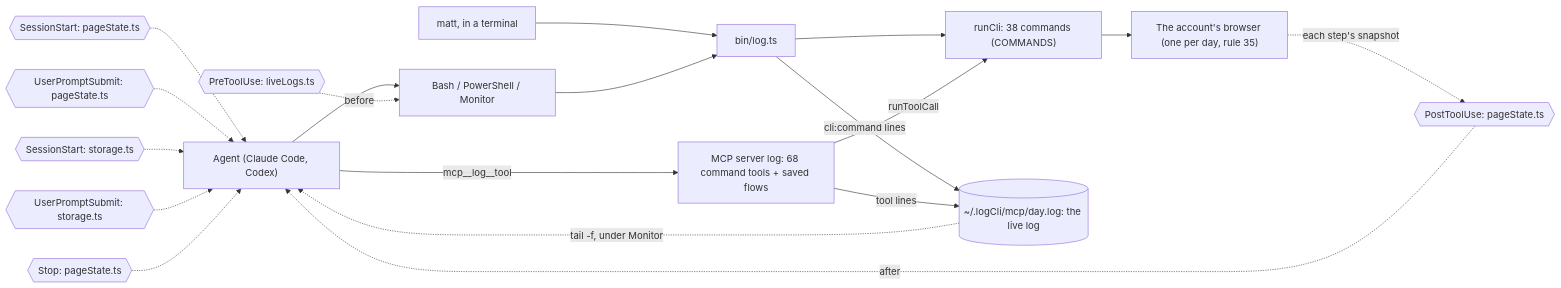
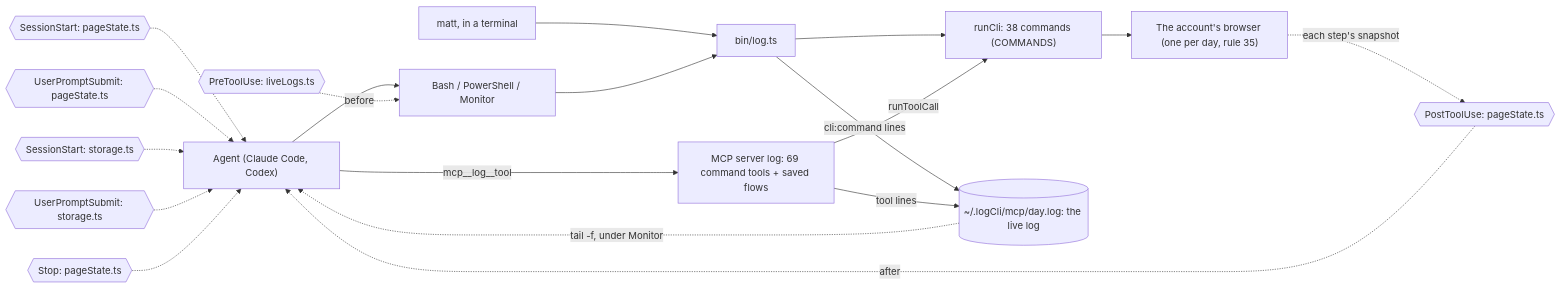
One commit to matthewdonsemail-lab/log changed the diagram in docs/diagrams/surface.mmd. Above: the diagram before and after it, drawn with Mermaid. The commit also changed 9 other files, not shown here.

Commit message:
feat(listing): a blocked account's listings are dead: checkpoint and wrong password count as blocked, the host and flows record the account's issue, listing sweep marks what was left

```diff
--- a/docs/diagrams/surface.mmd
+++ b/docs/diagrams/surface.mmd
@@ -1,29 +1,29 @@
 %% How a call reaches log-cli. From a shell or over MCP, both run the same commands through `runCli`, write the same live log, and pass through the same hooks.
 %% Written by `bun run docs:build` from the code (rule 56). Not edited by hand.
 flowchart LR
   agent["Agent (Claude Code, Codex)"]
   matt["matt, in a terminal"]
   shell["Bash / PowerShell / Monitor"]
-  mcp["MCP server log: 68 command tools + saved flows"]
+  mcp["MCP server log: 69 command tools + saved flows"]
   bin["bin/log.ts"]
   runCli["runCli: 38 commands (COMMANDS)"]
   live[("~/.logCli/mcp/day.log: the live log")]
   browser["The account's browser (one per day, rule 35)"]
   agent --> shell
   matt --> bin
   shell --> bin
   agent -->|mcp__log__tool| mcp
   bin --> runCli
   mcp -->|runToolCall| runCli
   runCli --> browser
   bin -->|cli:command lines| live
   mcp -->|tool lines| live
   live -.->|tail -f, under Monitor| agent
   pre0{{"PreToolUse: liveLogs.ts"}} -.->|before| shell
   post0{{"PostToolUse: pageState.ts"}} -.->|after| agent
   turn0{{"SessionStart: pageState.ts"}} -.-> agent
   turn1{{"UserPromptSubmit: pageState.ts"}} -.-> agent
   turn2{{"SessionStart: storage.ts"}} -.-> agent
   turn3{{"UserPromptSubmit: storage.ts"}} -.-> agent
   turn4{{"Stop: pageState.ts"}} -.-> agent
   browser -.->|each step's snapshot| post0
```
